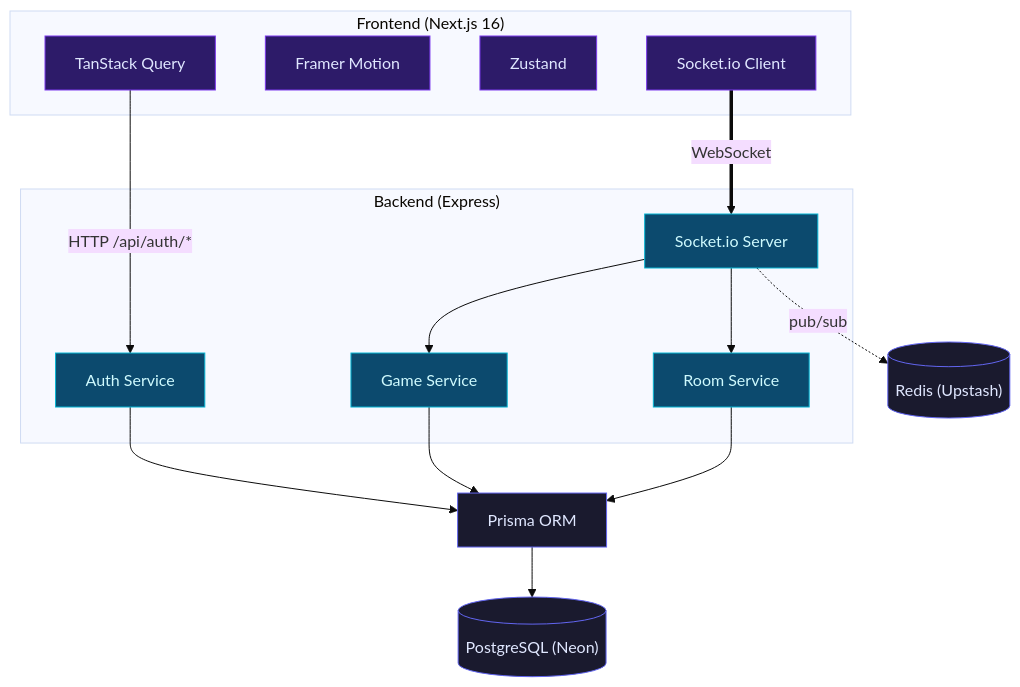
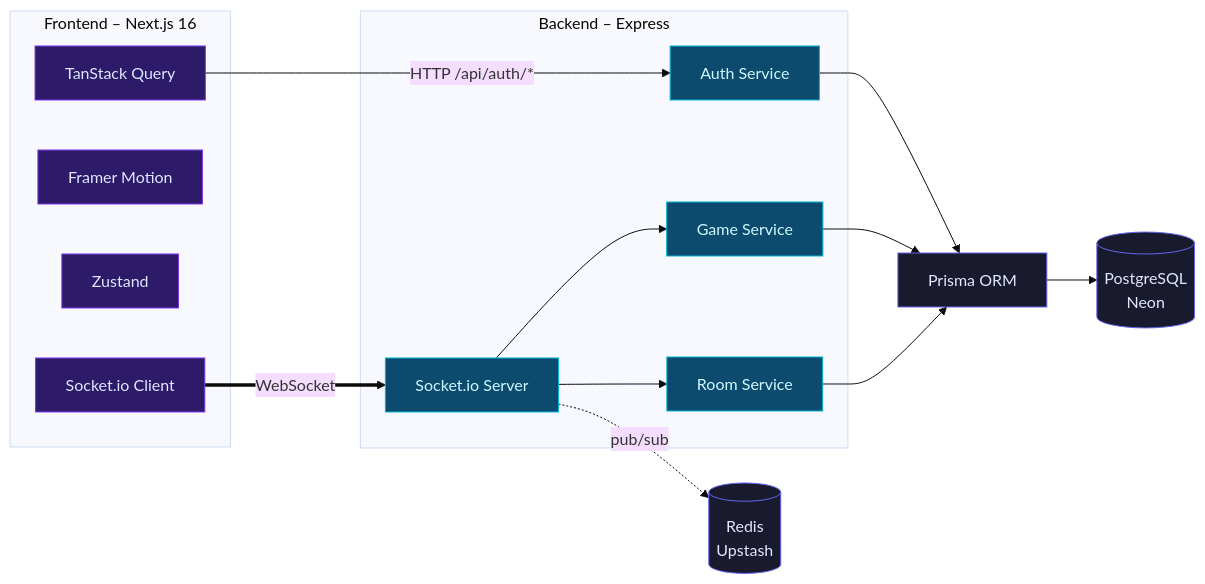
One commit to Nwachukwuchinedu/Charge-Circle changed the diagram in README.md. Above: the diagram before and after it, drawn with Mermaid (base theme).

Commit message:
docs: update architecture diagram with horizontal layout and visual styling improvements

````diff
--- a/README.md
+++ b/README.md
@@ -15,37 +15,44 @@
 ```mermaid
-flowchart TB
-    subgraph Frontend["Frontend (Next.js 16)"]
+flowchart LR
+    %% Styles
+    classDef frontend fill:#2d1b69,stroke:#7c3aed,color:#e0e7ff
+    classDef backend fill:#0c4a6e,stroke:#06b6d4,color:#cffafe
+    classDef data fill:#1a1a2e,stroke:#6366f1,color:#e0e7ff
+
+    %% Frontend
+    subgraph Frontend [Frontend – Next.js 16]
         TQ[TanStack Query]
         FM[Framer Motion]
         ZS[Zustand]
         SC[Socket.io Client]
     end
 
-    subgraph Backend["Backend (Express)"]
+    %% Backend
+    subgraph Backend [Backend – Express]
         AS[Auth Service]
         GS[Game Service]
         RS[Room Service]
         SI[Socket.io Server]
     end
 
+    %% Data
     PO[Prisma ORM]
-    PG[("PostgreSQL (Neon)")]
-    RD[("Redis (Upstash)")]
+    PG[(PostgreSQL<br/>Neon)]
+    RD[(Redis<br/>Upstash)]
 
+    %% Connections
     TQ -- "HTTP /api/auth/*" --> AS
     SC == "WebSocket" ==> SI
     SI --> RS
     SI --> GS
     AS --> PO
     GS --> PO
     RS --> PO
     PO --> PG
     SI -. "pub/sub" .-> RD
 
-    classDef frontend fill:#2d1b69,stroke:#7c3aed,color:#e0e7ff
-    classDef backend fill:#0c4a6e,stroke:#06b6d4,color:#cffafe
-    classDef data fill:#1a1a2e,stroke:#6366f1,color:#e0e7ff
+    %% Apply classes
     class TQ,FM,ZS,SC frontend
     class AS,GS,RS,SI backend
     class PO,PG,RD data
 ```
````
